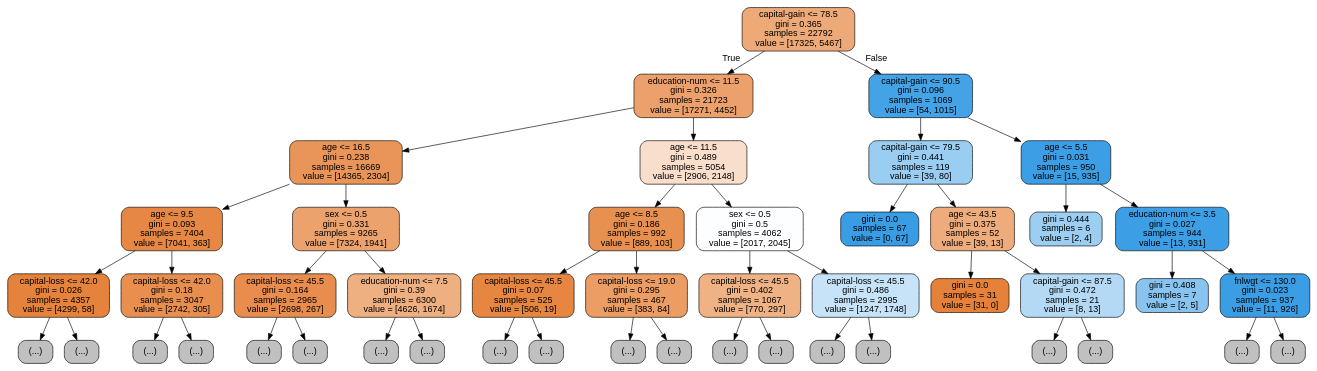
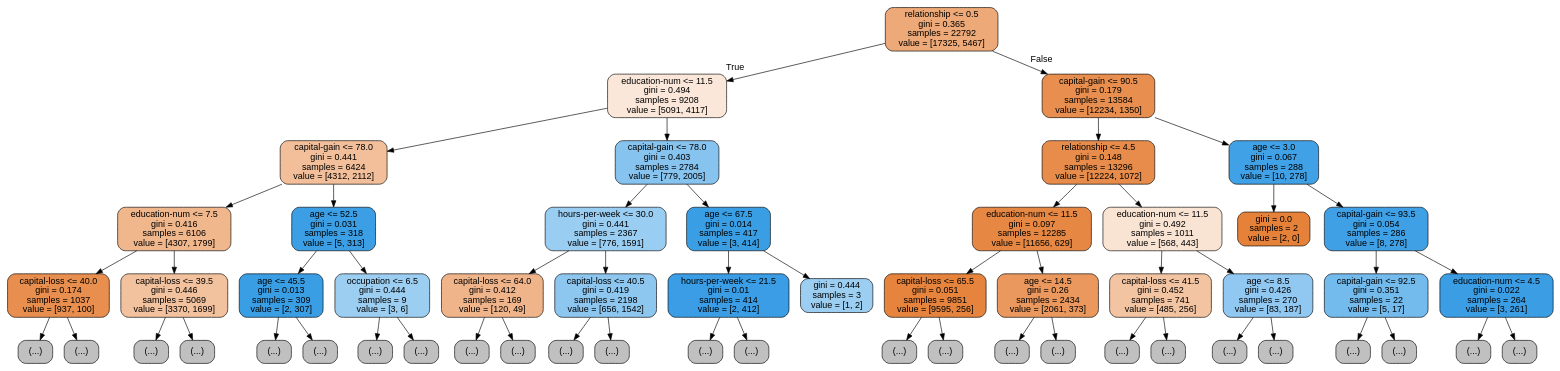
The diagram in tree.dot (jangbigom91/ML), drawn with Graphviz before and after one commit. The commit also changed 51 other files, not shown here.

```diff
--- a/tree.dot
+++ b/tree.dot
@@ -1,97 +1,113 @@
 digraph Tree {
 node [shape=box, style="filled, rounded", color="black", fontname=helvetica] ;
 edge [fontname=helvetica] ;
-0 [label="capital-gain <= 78.5\ngini = 0.365\nsamples = 22792\nvalue = [17325, 5467]", fillcolor="#eda977"] ;
-1 [label="education-num <= 11.5\ngini = 0.326\nsamples = 21723\nvalue = [17271, 4452]", fillcolor="#eca16c"] ;
+0 [label="relationship <= 0.5\ngini = 0.365\nsamples = 22792\nvalue = [17325, 5467]", fillcolor="#eda977"] ;
+1 [label="education-num <= 11.5\ngini = 0.494\nsamples = 9208\nvalue = [5091, 4117]", fillcolor="#fae7d9"] ;
 0 -> 1 [labeldistance=2.5, labelangle=45, headlabel="True"] ;
-2 [label="age <= 16.5\ngini = 0.238\nsamples = 16669\nvalue = [14365, 2304]", fillcolor="#e99559"] ;
+2 [label="capital-gain <= 78.0\ngini = 0.441\nsamples = 6424\nvalue = [4312, 2112]", fillcolor="#f2bf9a"] ;
 1 -> 2 ;
-3 [label="age <= 9.5\ngini = 0.093\nsamples = 7404\nvalue = [7041, 363]", fillcolor="#e68743"] ;
+3 [label="education-num <= 7.5\ngini = 0.416\nsamples = 6106\nvalue = [4307, 1799]", fillcolor="#f0b68c"] ;
 2 -> 3 ;
-4 [label="capital-loss <= 42.0\ngini = 0.026\nsamples = 4357\nvalue = [4299, 58]", fillcolor="#e5833c"] ;
+4 [label="capital-loss <= 40.0\ngini = 0.174\nsamples = 1037\nvalue = [937, 100]", fillcolor="#e88e4e"] ;
 3 -> 4 ;
 5 [label="(...)", fillcolor="#C0C0C0"] ;
 4 -> 5 ;
-46 [label="(...)", fillcolor="#C0C0C0"] ;
-4 -> 46 ;
-51 [label="capital-loss <= 42.0\ngini = 0.18\nsamples = 3047\nvalue = [2742, 305]", fillcolor="#e88f4f"] ;
-3 -> 51 ;
-52 [label="(...)", fillcolor="#C0C0C0"] ;
-51 -> 52 ;
-109 [label="(...)", fillcolor="#C0C0C0"] ;
-51 -> 109 ;
-122 [label="sex <= 0.5\ngini = 0.331\nsamples = 9265\nvalue = [7324, 1941]", fillcolor="#eca26d"] ;
-2 -> 122 ;
-123 [label="capital-loss <= 45.5\ngini = 0.164\nsamples = 2965\nvalue = [2698, 267]", fillcolor="#e88d4d"] ;
-122 -> 123 ;
-124 [label="(...)", fillcolor="#C0C0C0"] ;
-123 -> 124 ;
-173 [label="(...)", fillcolor="#C0C0C0"] ;
-123 -> 173 ;
-184 [label="education-num <= 7.5\ngini = 0.39\nsamples = 6300\nvalue = [4626, 1674]", fillcolor="#eeaf81"] ;
-122 -> 184 ;
-185 [label="(...)", fillcolor="#C0C0C0"] ;
-184 -> 185 ;
-216 [label="(...)", fillcolor="#C0C0C0"] ;
-184 -> 216 ;
-267 [label="age <= 11.5\ngini = 0.489\nsamples = 5054\nvalue = [2906, 2148]", fillcolor="#f8decb"] ;
-1 -> 267 ;
-268 [label="age <= 8.5\ngini = 0.186\nsamples = 992\nvalue = [889, 103]", fillcolor="#e89050"] ;
-267 -> 268 ;
-269 [label="capital-loss <= 45.5\ngini = 0.07\nsamples = 525\nvalue = [506, 19]", fillcolor="#e68640"] ;
-268 -> 269 ;
-270 [label="(...)", fillcolor="#C0C0C0"] ;
-269 -> 270 ;
-295 [label="(...)", fillcolor="#C0C0C0"] ;
-269 -> 295 ;
-296 [label="capital-loss <= 19.0\ngini = 0.295\nsamples = 467\nvalue = [383, 84]", fillcolor="#eb9d64"] ;
-268 -> 296 ;
-297 [label="(...)", fillcolor="#C0C0C0"] ;
-296 -> 297 ;
-336 [label="(...)", fillcolor="#C0C0C0"] ;
-296 -> 336 ;
-341 [label="sex <= 0.5\ngini = 0.5\nsamples = 4062\nvalue = [2017, 2045]", fillcolor="#fcfeff"] ;
-267 -> 341 ;
-342 [label="capital-loss <= 45.5\ngini = 0.402\nsamples = 1067\nvalue = [770, 297]", fillcolor="#efb285"] ;
-341 -> 342 ;
-343 [label="(...)", fillcolor="#C0C0C0"] ;
-342 -> 343 ;
-380 [label="(...)", fillcolor="#C0C0C0"] ;
-342 -> 380 ;
-387 [label="capital-loss <= 45.5\ngini = 0.486\nsamples = 2995\nvalue = [1247, 1748]", fillcolor="#c6e3f8"] ;
-341 -> 387 ;
-388 [label="(...)", fillcolor="#C0C0C0"] ;
-387 -> 388 ;
-443 [label="(...)", fillcolor="#C0C0C0"] ;
-387 -> 443 ;
-456 [label="capital-gain <= 90.5\ngini = 0.096\nsamples = 1069\nvalue = [54, 1015]", fillcolor="#44a2e6"] ;
-0 -> 456 [labeldistance=2.5, labelangle=-45, headlabel="False"] ;
-457 [label="capital-gain <= 79.5\ngini = 0.441\nsamples = 119\nvalue = [39, 80]", fillcolor="#9acdf2"] ;
-456 -> 457 ;
-458 [label="gini = 0.0\nsamples = 67\nvalue = [0, 67]", fillcolor="#399de5"] ;
-457 -> 458 ;
-459 [label="age <= 43.5\ngini = 0.375\nsamples = 52\nvalue = [39, 13]", fillcolor="#eeab7b"] ;
-457 -> 459 ;
-460 [label="gini = 0.0\nsamples = 31\nvalue = [31, 0]", fillcolor="#e58139"] ;
+50 [label="(...)", fillcolor="#C0C0C0"] ;
+4 -> 50 ;
+55 [label="capital-loss <= 39.5\ngini = 0.446\nsamples = 5069\nvalue = [3370, 1699]", fillcolor="#f2c19d"] ;
+3 -> 55 ;
+56 [label="(...)", fillcolor="#C0C0C0"] ;
+55 -> 56 ;
+117 [label="(...)", fillcolor="#C0C0C0"] ;
+55 -> 117 ;
+140 [label="age <= 52.5\ngini = 0.031\nsamples = 318\nvalue = [5, 313]", fillcolor="#3c9fe5"] ;
+2 -> 140 ;
+141 [label="age <= 45.5\ngini = 0.013\nsamples = 309\nvalue = [2, 307]", fillcolor="#3a9ee5"] ;
+140 -> 141 ;
+142 [label="(...)", fillcolor="#C0C0C0"] ;
+141 -> 142 ;
+143 [label="(...)", fillcolor="#C0C0C0"] ;
+141 -> 143 ;
+148 [label="occupation <= 6.5\ngini = 0.444\nsamples = 9\nvalue = [3, 6]", fillcolor="#9ccef2"] ;
+140 -> 148 ;
+149 [label="(...)", fillcolor="#C0C0C0"] ;
+148 -> 149 ;
+152 [label="(...)", fillcolor="#C0C0C0"] ;
+148 -> 152 ;
+153 [label="capital-gain <= 78.0\ngini = 0.403\nsamples = 2784\nvalue = [779, 2005]", fillcolor="#86c3ef"] ;
+1 -> 153 ;
+154 [label="hours-per-week <= 30.0\ngini = 0.441\nsamples = 2367\nvalue = [776, 1591]", fillcolor="#9acdf2"] ;
+153 -> 154 ;
+155 [label="capital-loss <= 64.0\ngini = 0.412\nsamples = 169\nvalue = [120, 49]", fillcolor="#f0b48a"] ;
+154 -> 155 ;
+156 [label="(...)", fillcolor="#C0C0C0"] ;
+155 -> 156 ;
+189 [label="(...)", fillcolor="#C0C0C0"] ;
+155 -> 189 ;
+190 [label="capital-loss <= 40.5\ngini = 0.419\nsamples = 2198\nvalue = [656, 1542]", fillcolor="#8dc7f0"] ;
+154 -> 190 ;
+191 [label="(...)", fillcolor="#C0C0C0"] ;
+190 -> 191 ;
+228 [label="(...)", fillcolor="#C0C0C0"] ;
+190 -> 228 ;
+241 [label="age <= 67.5\ngini = 0.014\nsamples = 417\nvalue = [3, 414]", fillcolor="#3a9ee5"] ;
+153 -> 241 ;
+242 [label="hours-per-week <= 21.5\ngini = 0.01\nsamples = 414\nvalue = [2, 412]", fillcolor="#3a9de5"] ;
+241 -> 242 ;
+243 [label="(...)", fillcolor="#C0C0C0"] ;
+242 -> 243 ;
+246 [label="(...)", fillcolor="#C0C0C0"] ;
+242 -> 246 ;
+253 [label="gini = 0.444\nsamples = 3\nvalue = [1, 2]", fillcolor="#9ccef2"] ;
+241 -> 253 ;
+254 [label="capital-gain <= 90.5\ngini = 0.179\nsamples = 13584\nvalue = [12234, 1350]", fillcolor="#e88f4f"] ;
+0 -> 254 [labeldistance=2.5, labelangle=-45, headlabel="False"] ;
+255 [label="relationship <= 4.5\ngini = 0.148\nsamples = 13296\nvalue = [12224, 1072]", fillcolor="#e78c4a"] ;
+254 -> 255 ;
+256 [label="education-num <= 11.5\ngini = 0.097\nsamples = 12285\nvalue = [11656, 629]", fillcolor="#e68844"] ;
+255 -> 256 ;
+257 [label="capital-loss <= 65.5\ngini = 0.051\nsamples = 9851\nvalue = [9595, 256]", fillcolor="#e6843e"] ;
+256 -> 257 ;
+258 [label="(...)", fillcolor="#C0C0C0"] ;
+257 -> 258 ;
+321 [label="(...)", fillcolor="#C0C0C0"] ;
+257 -> 321 ;
+338 [label="age <= 14.5\ngini = 0.26\nsamples = 2434\nvalue = [2061, 373]", fillcolor="#ea985d"] ;
+256 -> 338 ;
+339 [label="(...)", fillcolor="#C0C0C0"] ;
+338 -> 339 ;
+378 [label="(...)", fillcolor="#C0C0C0"] ;
+338 -> 378 ;
+415 [label="education-num <= 11.5\ngini = 0.492\nsamples = 1011\nvalue = [568, 443]", fillcolor="#f9e3d3"] ;
+255 -> 415 ;
+416 [label="capital-loss <= 41.5\ngini = 0.452\nsamples = 741\nvalue = [485, 256]", fillcolor="#f3c4a2"] ;
+415 -> 416 ;
+417 [label="(...)", fillcolor="#C0C0C0"] ;
+416 -> 417 ;
+454 [label="(...)", fillcolor="#C0C0C0"] ;
+416 -> 454 ;
+459 [label="age <= 8.5\ngini = 0.426\nsamples = 270\nvalue = [83, 187]", fillcolor="#91c8f1"] ;
+415 -> 459 ;
+460 [label="(...)", fillcolor="#C0C0C0"] ;
 459 -> 460 ;
-461 [label="capital-gain <= 87.5\ngini = 0.472\nsamples = 21\nvalue = [8, 13]", fillcolor="#b3d9f5"] ;
-459 -> 461 ;
-462 [label="(...)", fillcolor="#C0C0C0"] ;
-461 -> 462 ;
 465 [label="(...)", fillcolor="#C0C0C0"] ;
-461 -> 465 ;
-466 [label="age <= 5.5\ngini = 0.031\nsamples = 950\nvalue = [15, 935]", fillcolor="#3c9fe5"] ;
-456 -> 466 ;
-467 [label="gini = 0.444\nsamples = 6\nvalue = [2, 4]", fillcolor="#9ccef2"] ;
-466 -> 467 ;
-468 [label="education-num <= 3.5\ngini = 0.027\nsamples = 944\nvalue = [13, 931]", fillcolor="#3c9ee5"] ;
-466 -> 468 ;
-469 [label="gini = 0.408\nsamples = 7\nvalue = [2, 5]", fillcolor="#88c4ef"] ;
-468 -> 469 ;
-470 [label="fnlwgt <= 130.0\ngini = 0.023\nsamples = 937\nvalue = [11, 926]", fillcolor="#3b9ee5"] ;
-468 -> 470 ;
-471 [label="(...)", fillcolor="#C0C0C0"] ;
-470 -> 471 ;
-472 [label="(...)", fillcolor="#C0C0C0"] ;
-470 -> 472 ;
+459 -> 465 ;
+490 [label="age <= 3.0\ngini = 0.067\nsamples = 288\nvalue = [10, 278]", fillcolor="#40a1e6"] ;
+254 -> 490 ;
+491 [label="gini = 0.0\nsamples = 2\nvalue = [2, 0]", fillcolor="#e58139"] ;
+490 -> 491 ;
+492 [label="capital-gain <= 93.5\ngini = 0.054\nsamples = 286\nvalue = [8, 278]", fillcolor="#3fa0e6"] ;
+490 -> 492 ;
+493 [label="capital-gain <= 92.5\ngini = 0.351\nsamples = 22\nvalue = [5, 17]", fillcolor="#73baed"] ;
+492 -> 493 ;
+494 [label="(...)", fillcolor="#C0C0C0"] ;
+493 -> 494 ;
+495 [label="(...)", fillcolor="#C0C0C0"] ;
+493 -> 495 ;
+496 [label="education-num <= 4.5\ngini = 0.022\nsamples = 264\nvalue = [3, 261]", fillcolor="#3b9ee5"] ;
+492 -> 496 ;
+497 [label="(...)", fillcolor="#C0C0C0"] ;
+496 -> 497 ;
+498 [label="(...)", fillcolor="#C0C0C0"] ;
+496 -> 498 ;
 }
```
